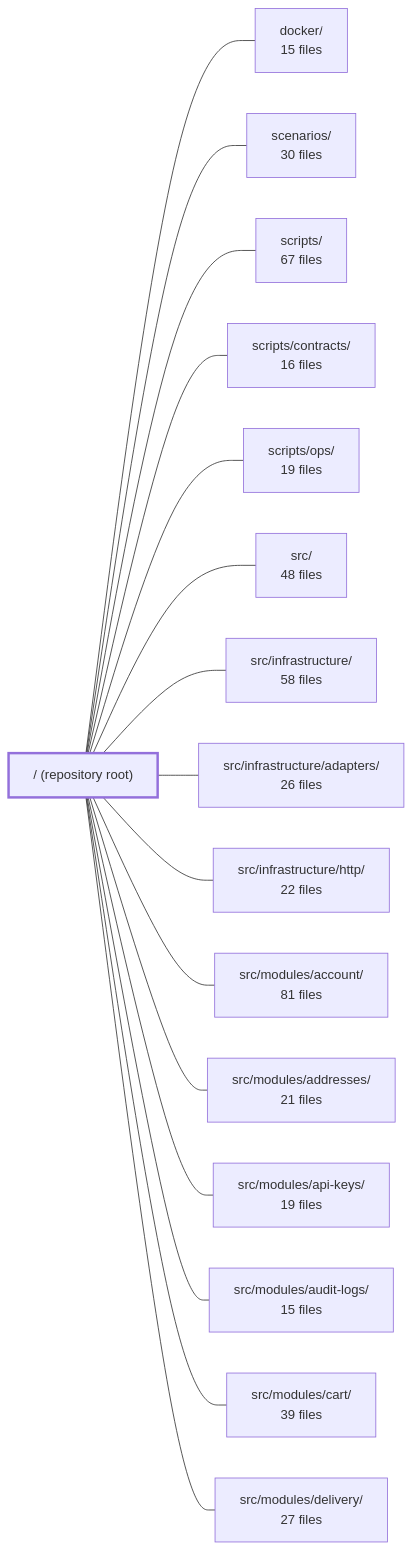
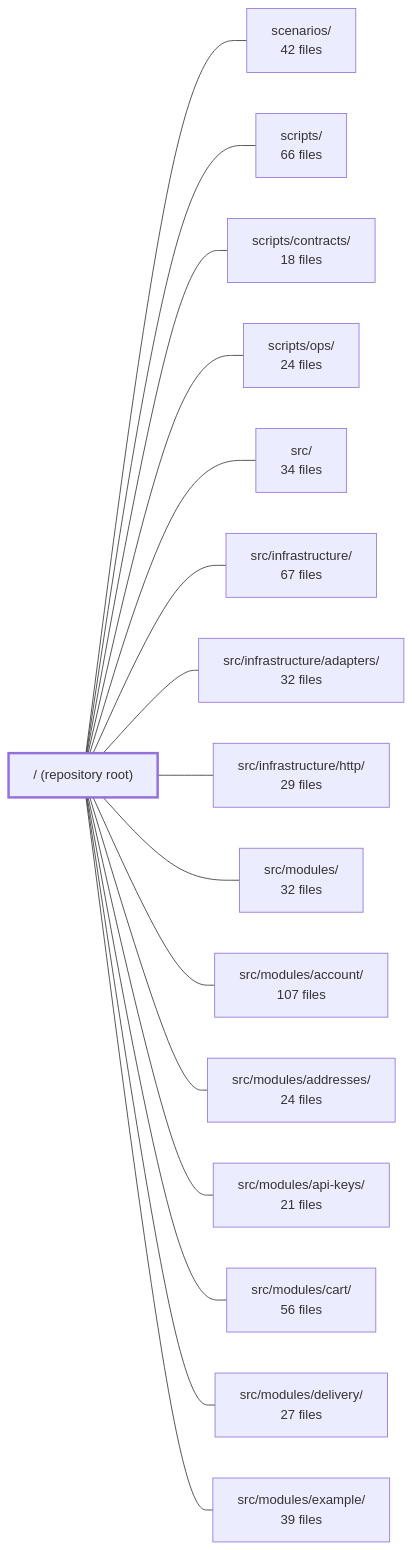
The diagram in .2brain/modules/boilerplate-node-backend_ROOT.md (Guebbit/boilerplate-node-backend), drawn with Mermaid before and after one commit. The commit also changed other lines of this file and 106 other files, not shown here.

````diff
--- a/.2brain/modules/boilerplate-node-backend_ROOT.md
+++ b/.2brain/modules/boilerplate-node-backend_ROOT.md
@@ -40,35 +42,35 @@
 ```mermaid
 flowchart LR
     m_root["/ (repository root)"]
-    m_docker["docker/<br/>15 files"]
-    m_scenarios["scenarios/<br/>30 files"]
-    m_scripts["scripts/<br/>67 files"]
-    m_scripts_contracts["scripts/contracts/<br/>16 files"]
-    m_scripts_ops["scripts/ops/<br/>19 files"]
-    m_src["src/<br/>48 files"]
-    m_src_infrastructure["src/infrastructure/<br/>58 files"]
-    m_src_infrastructure_adapters["src/infrastructure/adapters/<br/>26 files"]
-    m_src_infrastructure_http["src/infrastructure/http/<br/>22 files"]
-    m_src_modules_account["src/modules/account/<br/>81 files"]
-    m_src_modules_addresses["src/modules/addresses/<br/>21 files"]
-    m_src_modules_api_keys["src/modules/api-keys/<br/>19 files"]
-    m_src_modules_audit_logs["src/modules/audit-logs/<br/>15 files"]
-    m_src_modules_cart["src/modules/cart/<br/>39 files"]
+    m_scenarios["scenarios/<br/>42 files"]
+    m_scripts["scripts/<br/>66 files"]
+    m_scripts_contracts["scripts/contracts/<br/>18 files"]
+    m_scripts_ops["scripts/ops/<br/>24 files"]
+    m_src["src/<br/>34 files"]
+    m_src_infrastructure["src/infrastructure/<br/>67 files"]
+    m_src_infrastructure_adapters["src/infrastructure/adapters/<br/>32 files"]
+    m_src_infrastructure_http["src/infrastructure/http/<br/>29 files"]
+    m_src_modules["src/modules/<br/>32 files"]
+    m_src_modules_account["src/modules/account/<br/>107 files"]
+    m_src_modules_addresses["src/modules/addresses/<br/>24 files"]
+    m_src_modules_api_keys["src/modules/api-keys/<br/>21 files"]
+    m_src_modules_cart["src/modules/cart/<br/>56 files"]
     m_src_modules_delivery["src/modules/delivery/<br/>27 files"]
-    m_root --- m_docker
+    m_src_modules_example["src/modules/example/<br/>39 files"]
     m_root --- m_scenarios
     m_root --- m_scripts
     m_root --- m_scripts_contracts
     m_root --- m_scripts_ops
     m_root --- m_src
     m_root --- m_src_infrastructure
     m_root --- m_src_infrastructure_adapters
     m_root --- m_src_infrastructure_http
+    m_root --- m_src_modules
     m_root --- m_src_modules_account
     m_root --- m_src_modules_addresses
     m_root --- m_src_modules_api_keys
-    m_root --- m_src_modules_audit_logs
     m_root --- m_src_modules_cart
     m_root --- m_src_modules_delivery
+    m_root --- m_src_modules_example
     style m_root stroke-width:3px
 ```
````
